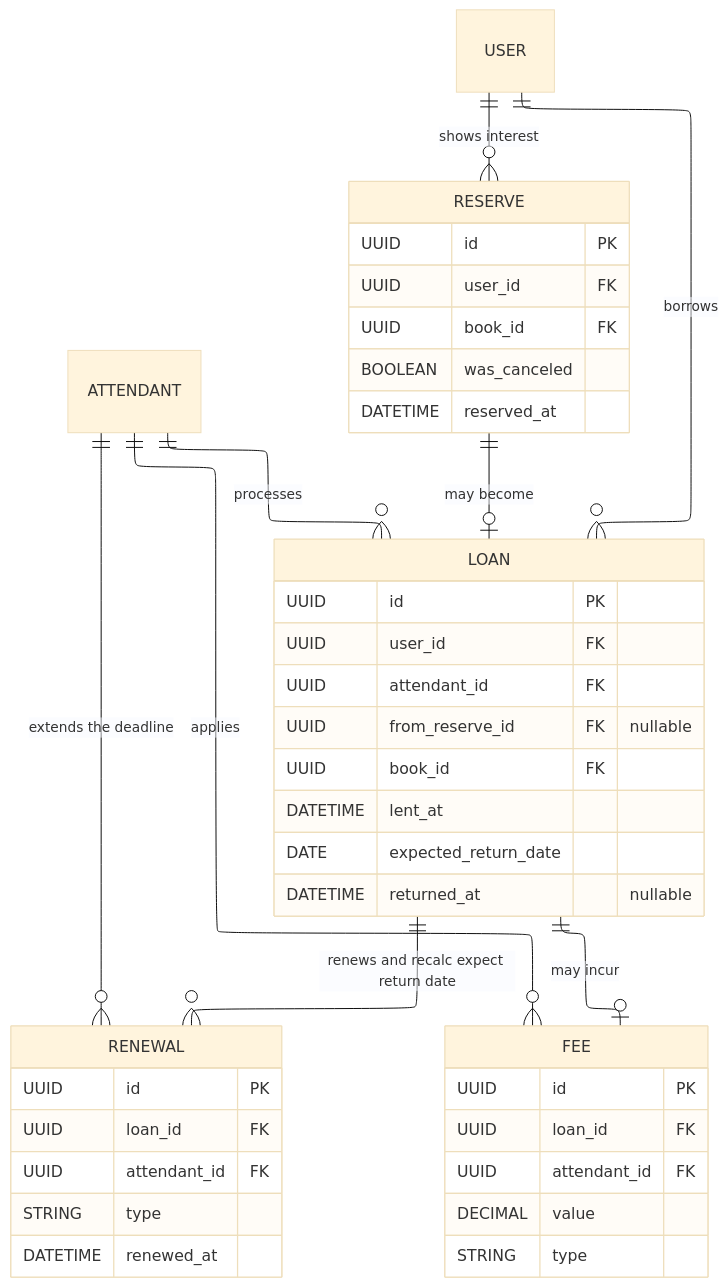
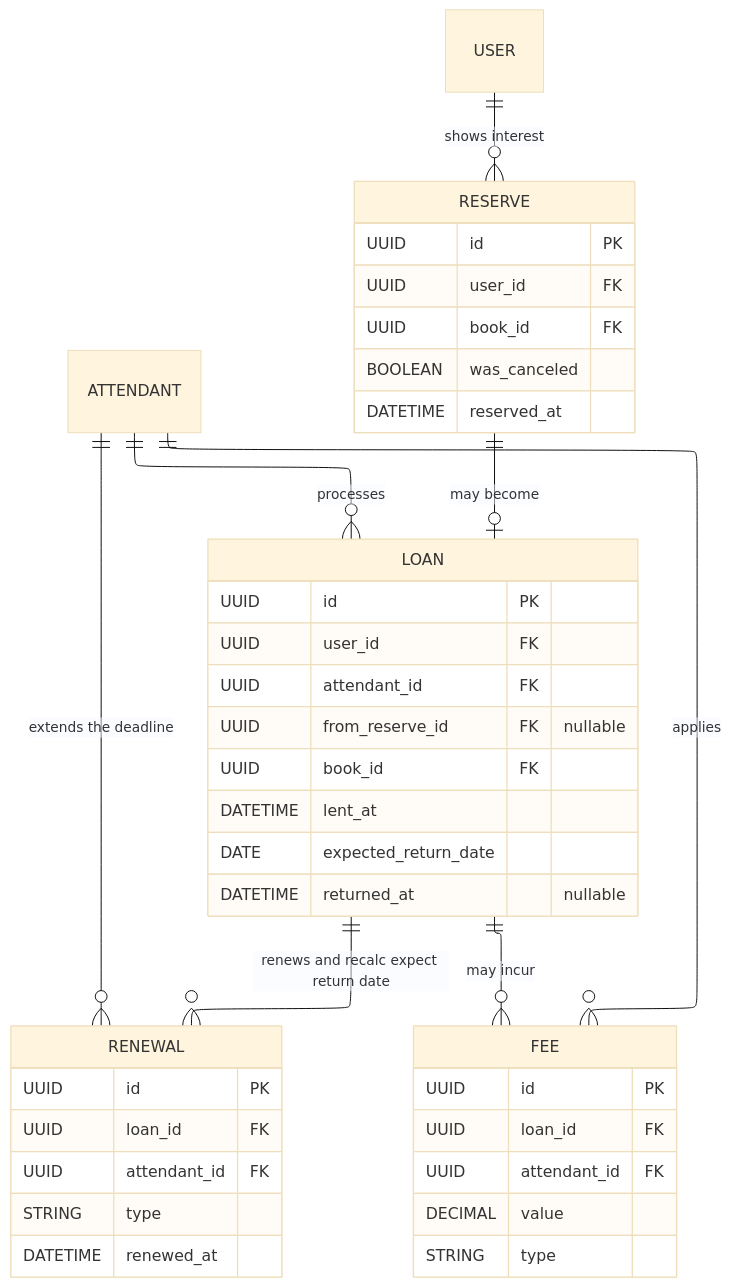
The second of 4 diagrams in docs/architecture.md (ali1ariel/alashandria), drawn with Mermaid (base theme) before and after one commit.

````diff
--- a/docs/architecture.md
+++ b/docs/architecture.md
@@ -72,47 +72,46 @@
 ```mermaid
 ---
 config:
   layout: elk
 ---
 erDiagram
     ATTENDANT ||--o{ LOAN : processes
     ATTENDANT ||--o{ RENEWAL : "extends the deadline"
     ATTENDANT ||--o{ FEE : applies
-    USER ||--o{ LOAN : borrows
     USER ||--o{ RESERVE : "shows interest"
-    LOAN ||--o| FEE : "may incur"
+    LOAN ||--o{ FEE : "may incur"
     LOAN ||--o{ RENEWAL : "renews and recalc expect return date"
     RESERVE ||--o| LOAN : "may become"
     LOAN {
         UUID id PK
         UUID user_id FK
         UUID attendant_id FK
         UUID from_reserve_id FK "nullable"
         UUID book_id FK
         DATETIME lent_at
         DATE expected_return_date
         DATETIME returned_at "nullable"
     }
     RENEWAL {
         UUID id PK
         UUID loan_id FK
         UUID attendant_id FK
         STRING type
         DATETIME renewed_at
     }
     FEE {
         UUID id PK
         UUID loan_id FK
         UUID attendant_id FK
         DECIMAL value
         STRING type
     }
     RESERVE {
         UUID id PK
         UUID user_id FK
         UUID book_id FK
         BOOLEAN was_canceled
         DATETIME reserved_at
     }
 
 ```
````
